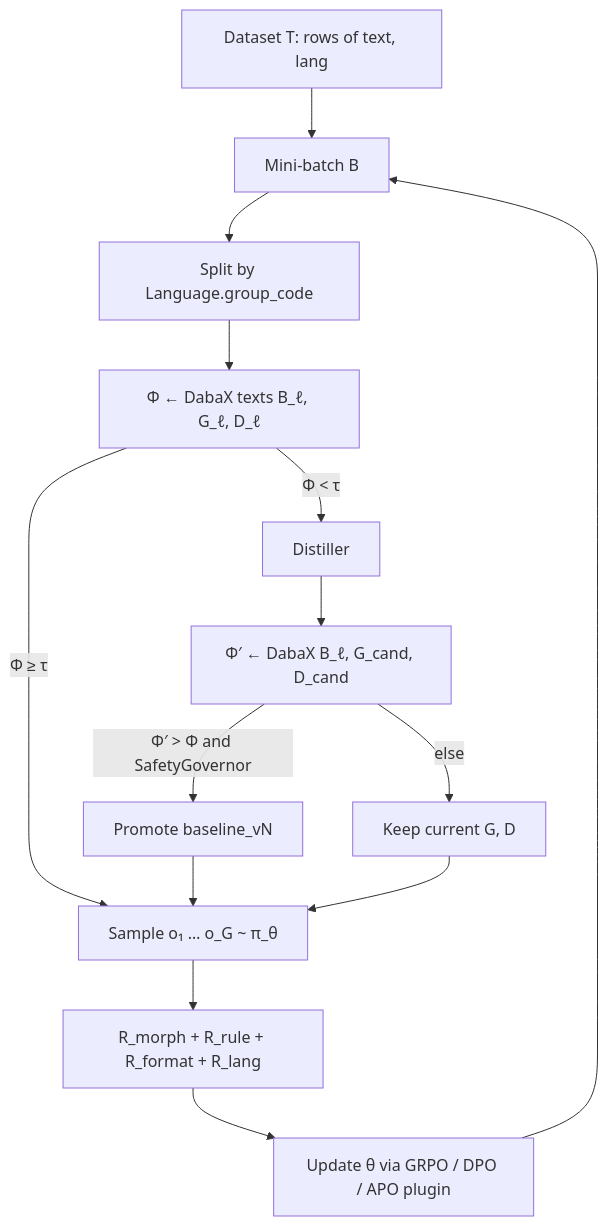
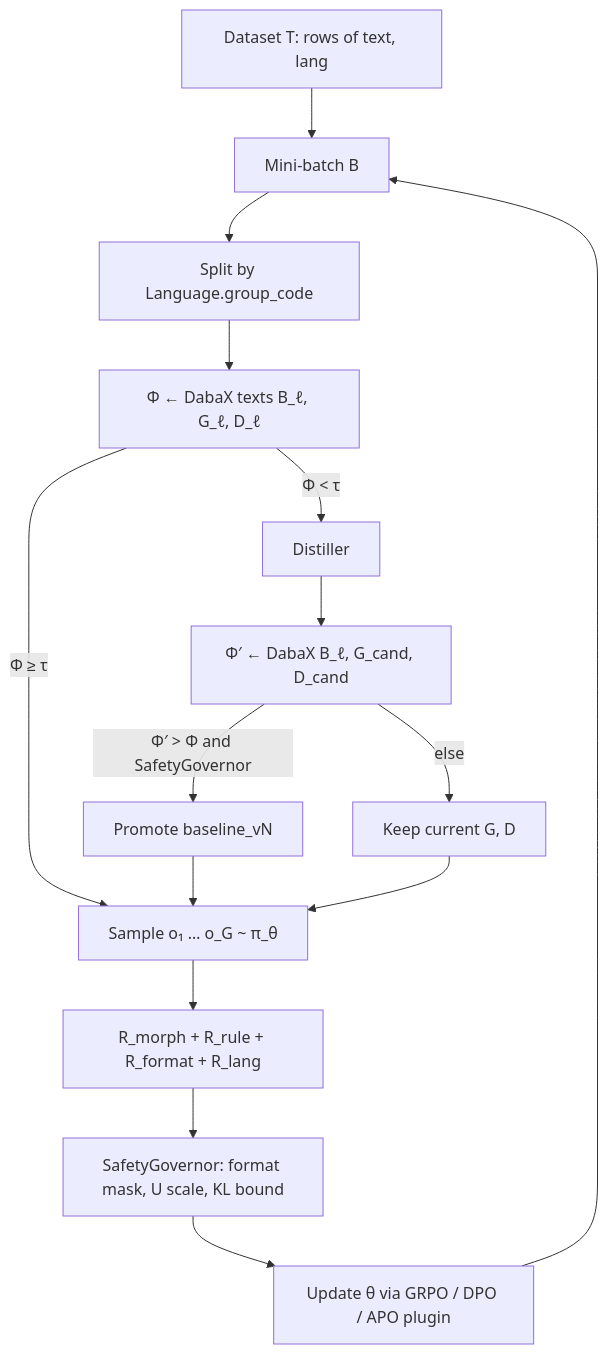
One commit to RobotsMali-AI/sebeni changed the diagram in docs/sampg.md. Above: the diagram before and after it, drawn with Mermaid. The commit also changed other lines of this file, not shown here.

````diff
--- a/docs/sampg.md
+++ b/docs/sampg.md
@@ -29,16 +32,17 @@
 ```mermaid
 flowchart TD
   T["Dataset T: rows of text, lang"] --> B["Mini-batch B"]
   B --> G["Split by Language.group_code"]
   G --> Phi["Φ ← DabaX texts B_ℓ, G_ℓ, D_ℓ"]
   Phi -->|"Φ ≥ τ"| S["Sample o₁ … o_G ~ π_θ"]
   Phi -->|"Φ < τ"| Dist["Distiller"]
   Dist --> PhiP["Φ′ ← DabaX B_ℓ, G_cand, D_cand"]
   PhiP -->|"Φ′ > Φ and SafetyGovernor"| Prom["Promote baseline_vN"]
   PhiP -->|"else"| Keep["Keep current G, D"]
   Prom --> S
   Keep --> S
   S --> R["R_morph + R_rule + R_format + R_lang"]
-  R --> U["Update θ via GRPO / DPO / APO plugin"]
+  R --> Gate["SafetyGovernor: format mask, U scale, KL bound"]
+  Gate --> U["Update θ via GRPO / DPO / APO plugin"]
   U --> B
 ```
````
